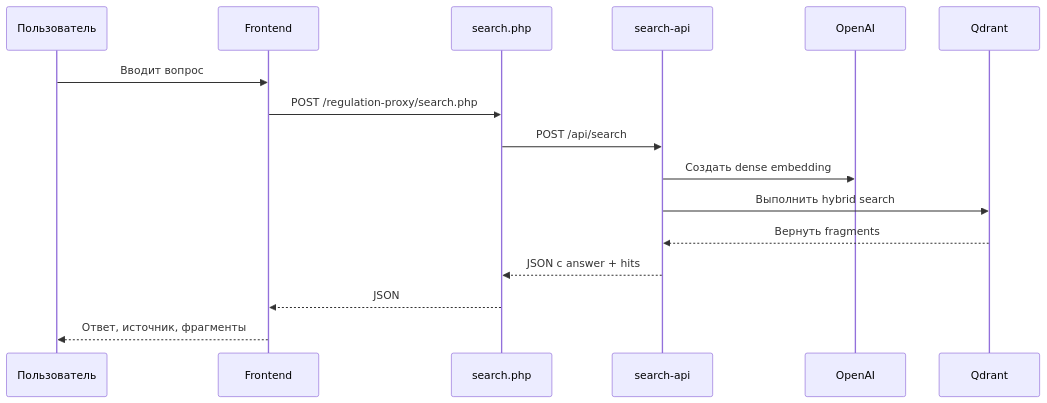
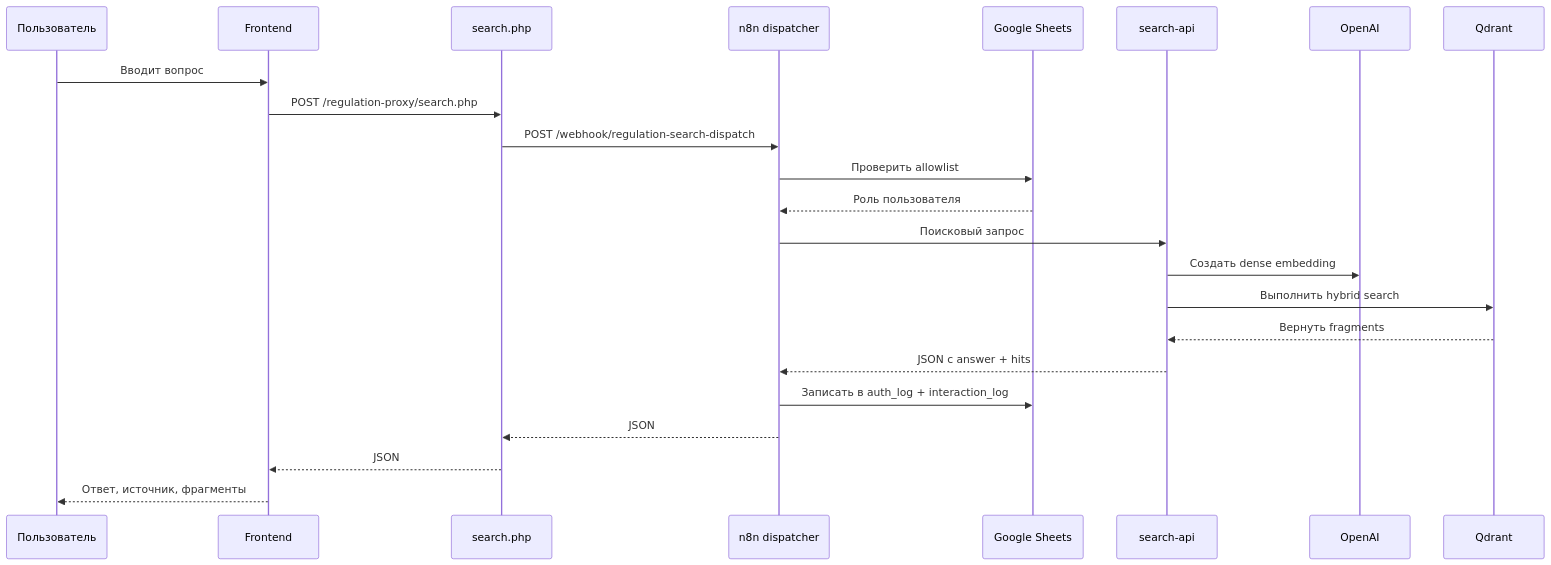
The second of 3 diagrams in docs/PROJECT_DESCRIPTION.md (mmvolkov/regulation_search_codex_chatgpt54), drawn with Mermaid before and after one commit. The commit also changed other lines of this file and 3 other files, not shown here.

First line of the commit message:
Update project docs to reflect current architecture and features

````diff
--- a/docs/PROJECT_DESCRIPTION.md
+++ b/docs/PROJECT_DESCRIPTION.md
@@ -260,19 +340,26 @@
 ```mermaid
 sequenceDiagram
     participant User as Пользователь
     participant UI as Frontend
     participant Proxy as search.php
+    participant DISP as n8n dispatcher
+    participant GS as Google Sheets
     participant API as search-api
     participant OAI as OpenAI
     participant Q as Qdrant
 
     User->>UI: Вводит вопрос
     UI->>Proxy: POST /regulation-proxy/search.php
-    Proxy->>API: POST /api/search
+    Proxy->>DISP: POST /webhook/regulation-search-dispatch
+    DISP->>GS: Проверить allowlist
+    GS-->>DISP: Роль пользователя
+    DISP->>API: Поисковый запрос
     API->>OAI: Создать dense embedding
     API->>Q: Выполнить hybrid search
     Q-->>API: Вернуть fragments
-    API-->>Proxy: JSON с answer + hits
+    API-->>DISP: JSON с answer + hits
+    DISP->>GS: Записать в auth_log + interaction_log
+    DISP-->>Proxy: JSON
     Proxy-->>UI: JSON
     UI-->>User: Ответ, источник, фрагменты
 ```
````
